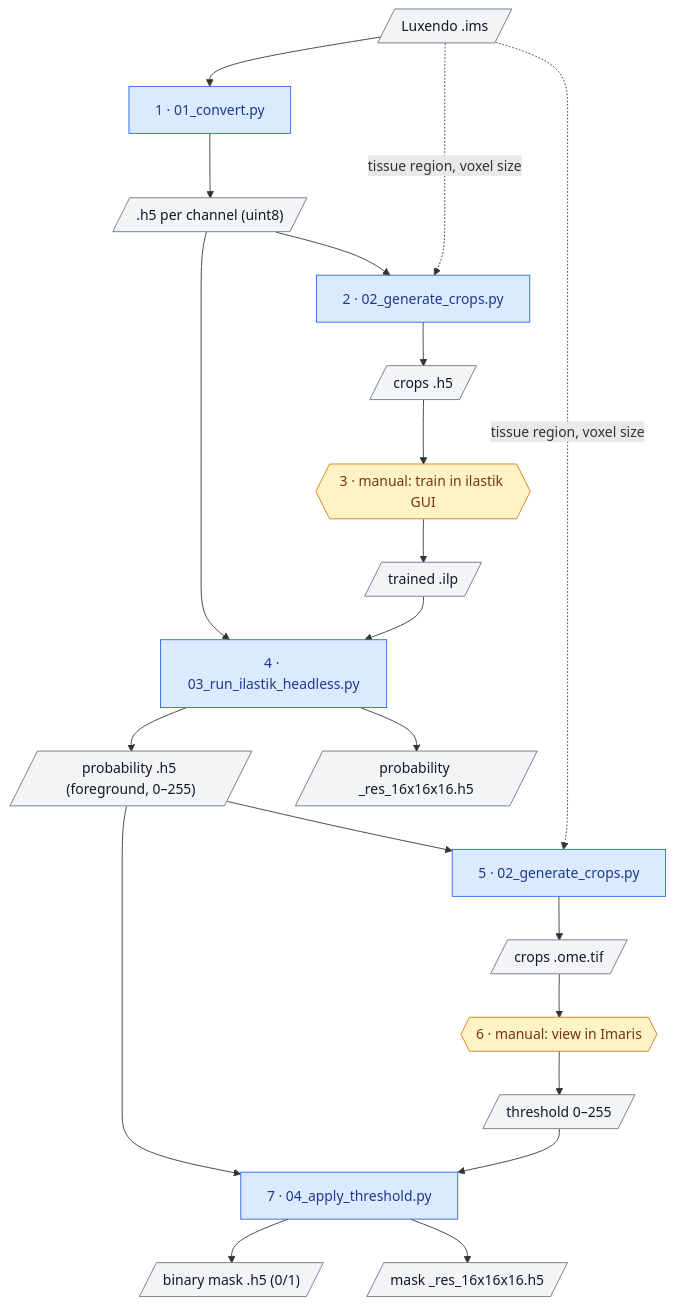
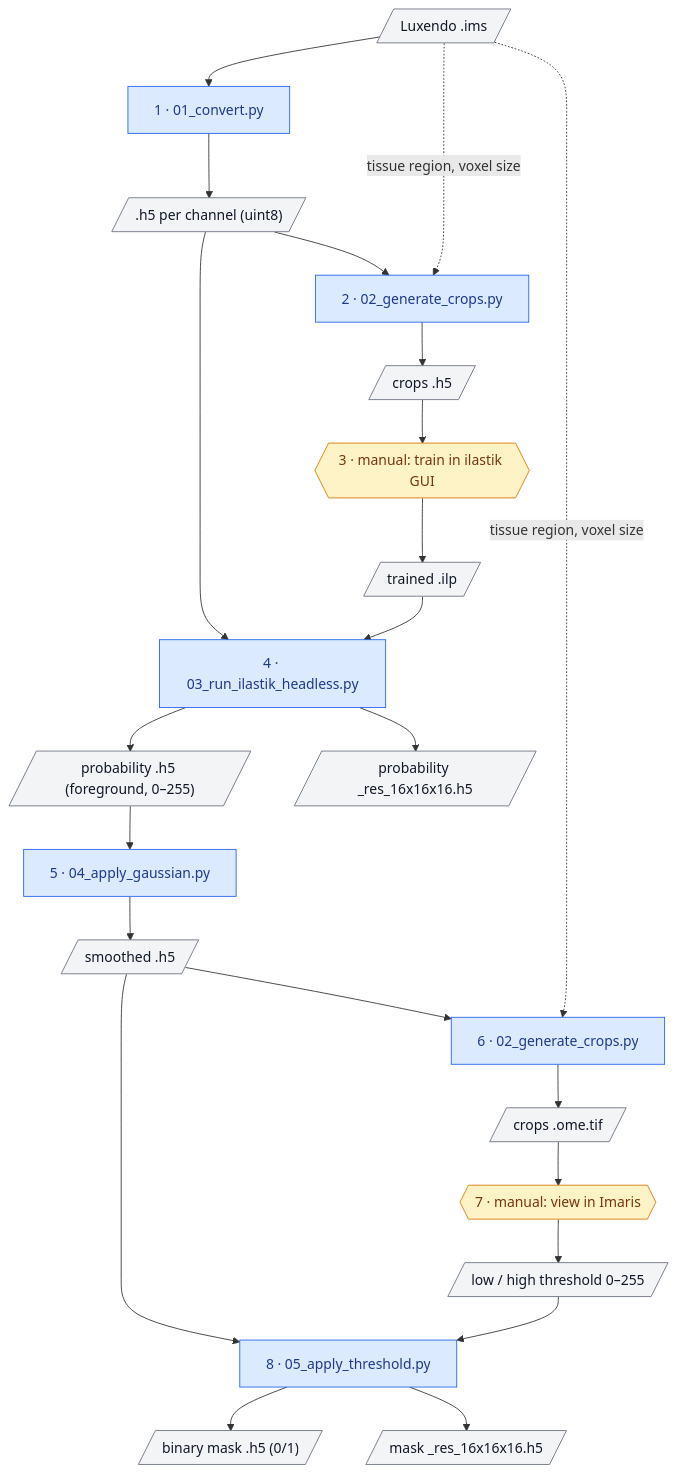
One commit to domipysch/Ali_Dominik_Skeleton_Pipeline changed the diagram in README.md. Above: the diagram before and after it, drawn with Mermaid. The commit also changed other lines of this file and 4 other files, not shown here.

````diff
--- a/README.md
+++ b/README.md
@@ -18,50 +19,54 @@
 ```mermaid
 flowchart TD
     ims[/"Luxendo .ims"/]
 
     s1["1 · 01_convert.py"]
     h5[/".h5 per channel (uint8)"/]
 
     s2["2 · 02_generate_crops.py"]
     crops_train[/"crops .h5"/]
 
     s3{{"3 · manual: train in ilastik GUI"}}
     ilp[/"trained .ilp"/]
 
     s4["4 · 03_run_ilastik_headless.py"]
     prob[/"probability .h5 (foreground, 0–255)"/]
     prob_low[/"probability _res_16x16x16.h5"/]
 
-    s5["5 · 02_generate_crops.py"]
+    s5["5 · 04_apply_gaussian.py"]
+    smooth[/"smoothed .h5"/]
+
+    s6["6 · 02_generate_crops.py"]
     crops_view[/"crops .ome.tif"/]
 
-    s6{{"6 · manual: view in Imaris"}}
-    thr[/"threshold 0–255"/]
+    s7{{"7 · manual: view in Imaris"}}
+    thr[/"low / high threshold 0–255"/]
 
-    s7["7 · 04_apply_threshold.py"]
+    s8["8 · 05_apply_threshold.py"]
     mask[/"binary mask .h5 (0/1)"/]
     mask_low[/"mask _res_16x16x16.h5"/]
 
     ims --> s1 --> h5
     h5 --> s2
     ims -. tissue region, voxel size .-> s2
     s2 --> crops_train --> s3 --> ilp
     h5 --> s4
     ilp --> s4
     s4 --> prob
     s4 --> prob_low
-    prob --> s5
-    ims -. tissue region, voxel size .-> s5
-    s5 --> crops_view --> s6 --> thr
-    prob --> s7
-    thr --> s7
-    s7 --> mask
-    s7 --> mask_low
+    prob --> s5 --> smooth
+    smooth --> s6
+    ims -. tissue region, voxel size .-> s6
+    s6 --> crops_view --> s7 --> thr
+    smooth --> s8
+    thr --> s8
+    s8 --> mask
+    s8 --> mask_low
 
     classDef script fill:#dbeafe,stroke:#2563eb,color:#1e3a8a
     classDef manual fill:#fef3c7,stroke:#d97706,color:#78350f
     classDef data fill:#f3f4f6,stroke:#6b7280,color:#111827
-    class s1,s2,s4,s5,s7 script
-    class s3,s6 manual
-    class ims,h5,crops_train,ilp,prob,prob_low,crops_view,thr,mask,mask_low data
+    class s1,s2,s4,s5,s6,s8 script
+    class s3,s7 manual
+    class ims,h5,crops_train,ilp,prob,prob_low,smooth,crops_view,thr,mask,mask_low data
 ```
````
